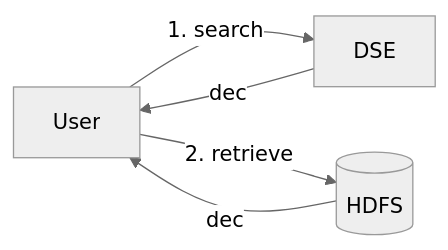
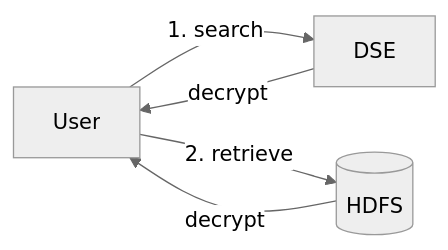
The second of 2 diagrams in README.md (Cosmian/cloudproof-big-data), drawn with Mermaid before and after one commit. The commit also changed other lines of this file, not shown here.

````diff
--- a/README.md
+++ b/README.md
@@ -35,8 +59,8 @@
 ```mermaid
 %%{init: {'theme': 'neutral'}}%%
 graph LR
     User  -- 1. search --> DSE
-    DSE -- dec --> User
+    DSE -- decrypt --> User
     User -- 2. retrieve --> HDFS[(HDFS)]
-    HDFS -- dec --> User
+    HDFS -- decrypt --> User
 ```
````
